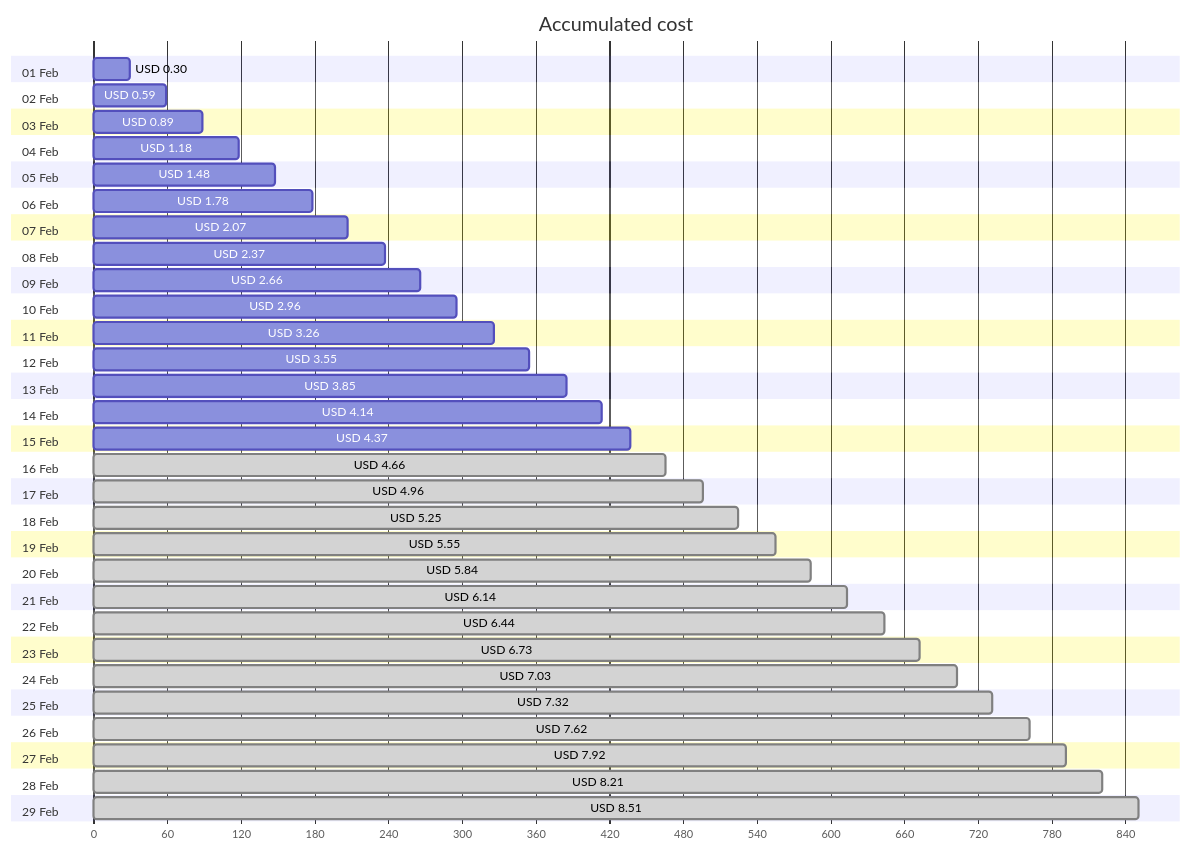
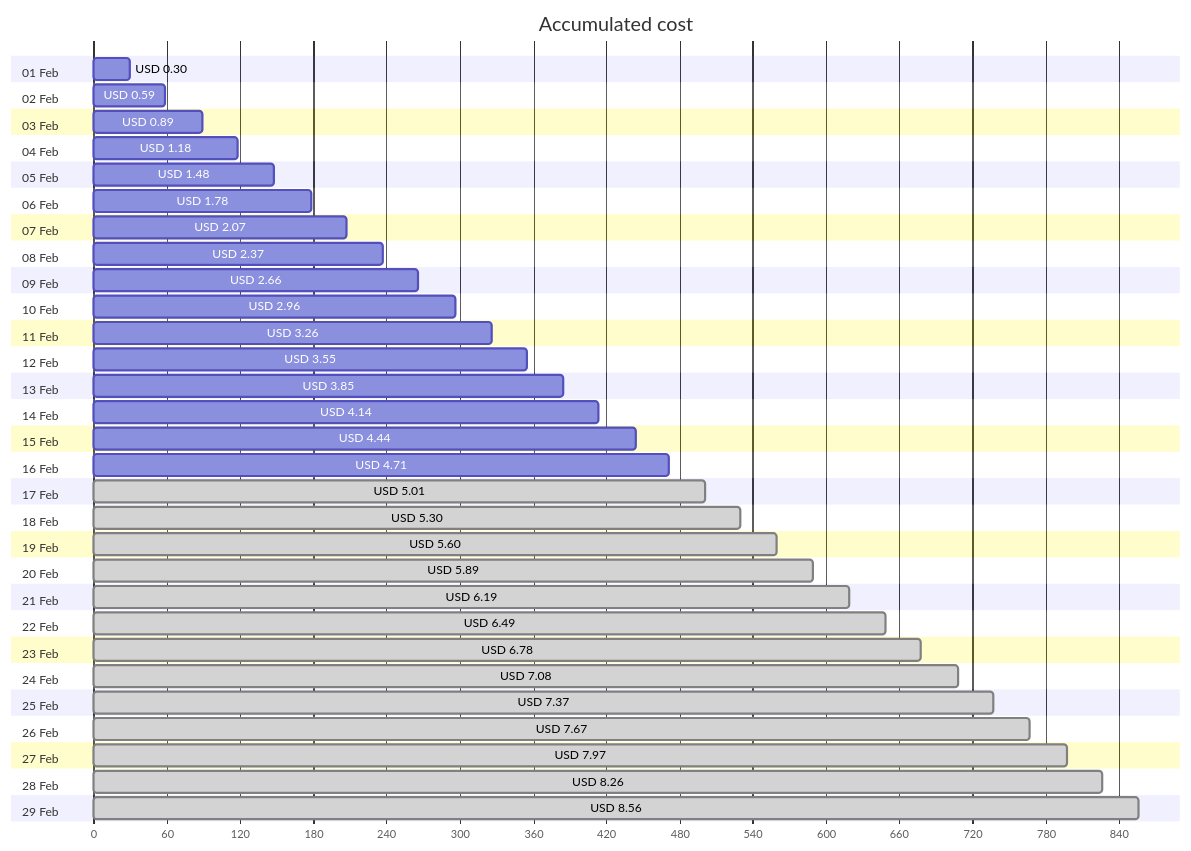
One commit to jpfulton/azure-personal-reports changed the first of 4 diagrams in cost-reports/personal-site/personal-site-preview.md. Above: the diagram before and after it, drawn with Mermaid. The commit also changed other lines of this file and 6 other files, not shown here.

````diff
--- a/cost-reports/personal-site/personal-site-preview.md
+++ b/cost-reports/personal-site/personal-site-preview.md
@@ -20,64 +20,64 @@
 ```mermaid
 gantt
    title Accumulated cost
    dateFormat  X
    axisFormat %s
    section 01 Feb
    USD 0.30 :0, 30
    section 02 Feb
    USD 0.59 :0, 59
    section 03 Feb
    USD 0.89 :0, 89
    section 04 Feb
    USD 1.18 :0, 118
    section 05 Feb
    USD 1.48 :0, 148
    section 06 Feb
    USD 1.78 :0, 178
    section 07 Feb
    USD 2.07 :0, 207
    section 08 Feb
    USD 2.37 :0, 237
    section 09 Feb
    USD 2.66 :0, 266
    section 10 Feb
    USD 2.96 :0, 296
    section 11 Feb
    USD 3.26 :0, 326
    section 12 Feb
    USD 3.55 :0, 355
    section 13 Feb
    USD 3.85 :0, 385
    section 14 Feb
    USD 4.14 :0, 414
    section 15 Feb
-   USD 4.37 :0, 437
+   USD 4.44 :0, 444
    section 16 Feb
-   USD 4.66 : done, 0, 466
+   USD 4.71 :0, 471
    section 17 Feb
-   USD 4.96 : done, 0, 496
+   USD 5.01 : done, 0, 501
    section 18 Feb
-   USD 5.25 : done, 0, 525
+   USD 5.30 : done, 0, 530
    section 19 Feb
-   USD 5.55 : done, 0, 555
+   USD 5.60 : done, 0, 560
    section 20 Feb
-   USD 5.84 : done, 0, 584
+   USD 5.89 : done, 0, 589
    section 21 Feb
-   USD 6.14 : done, 0, 614
+   USD 6.19 : done, 0, 619
    section 22 Feb
-   USD 6.44 : done, 0, 644
+   USD 6.49 : done, 0, 649
    section 23 Feb
-   USD 6.73 : done, 0, 673
+   USD 6.78 : done, 0, 678
    section 24 Feb
-   USD 7.03 : done, 0, 703
+   USD 7.08 : done, 0, 708
    section 25 Feb
-   USD 7.32 : done, 0, 732
+   USD 7.37 : done, 0, 737
    section 26 Feb
-   USD 7.62 : done, 0, 762
+   USD 7.67 : done, 0, 767
    section 27 Feb
-   USD 7.92 : done, 0, 792
+   USD 7.97 : done, 0, 797
    section 28 Feb
-   USD 8.21 : done, 0, 821
+   USD 8.26 : done, 0, 826
    section 29 Feb
-   USD 8.51 : done, 0, 851
+   USD 8.56 : done, 0, 856
 ```
````
